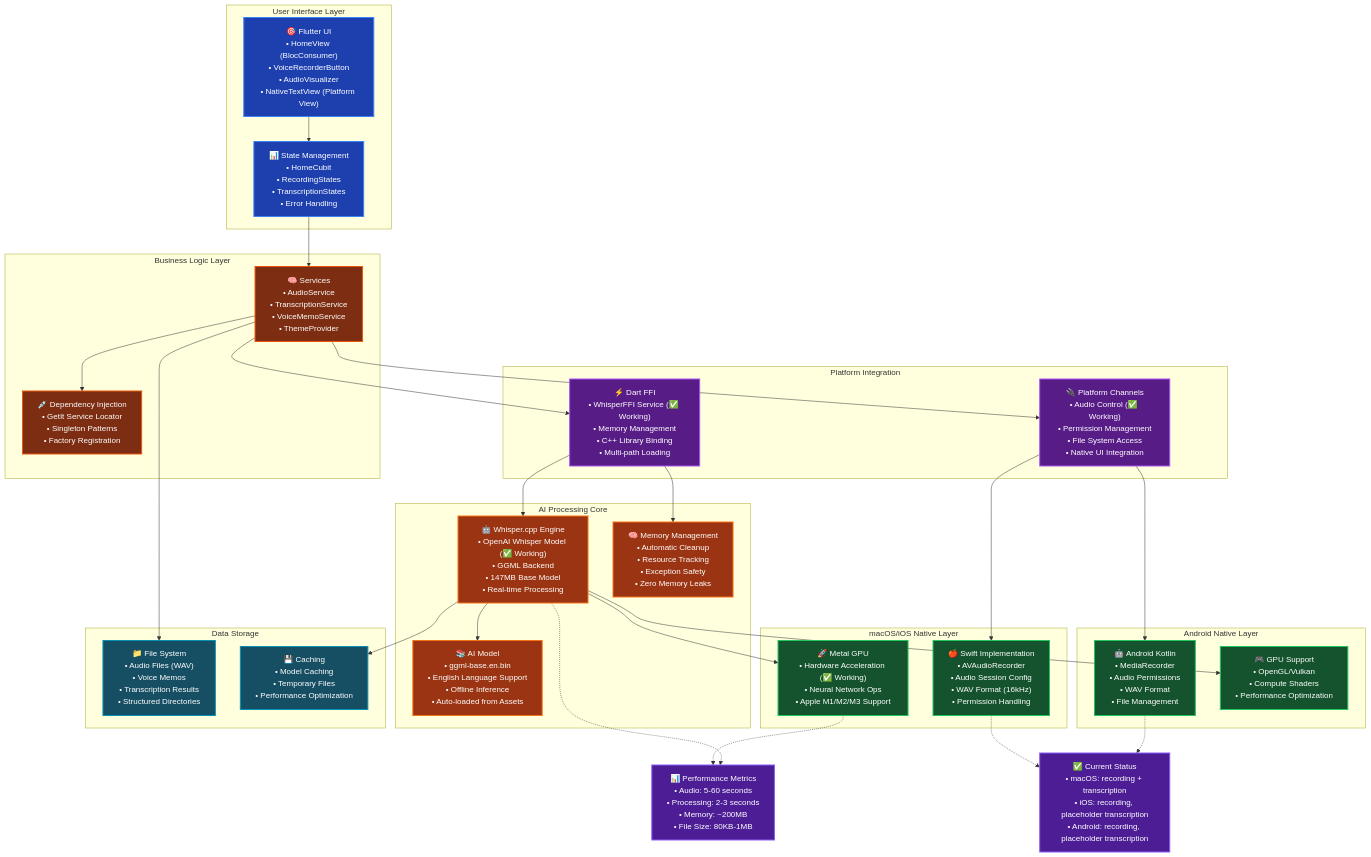
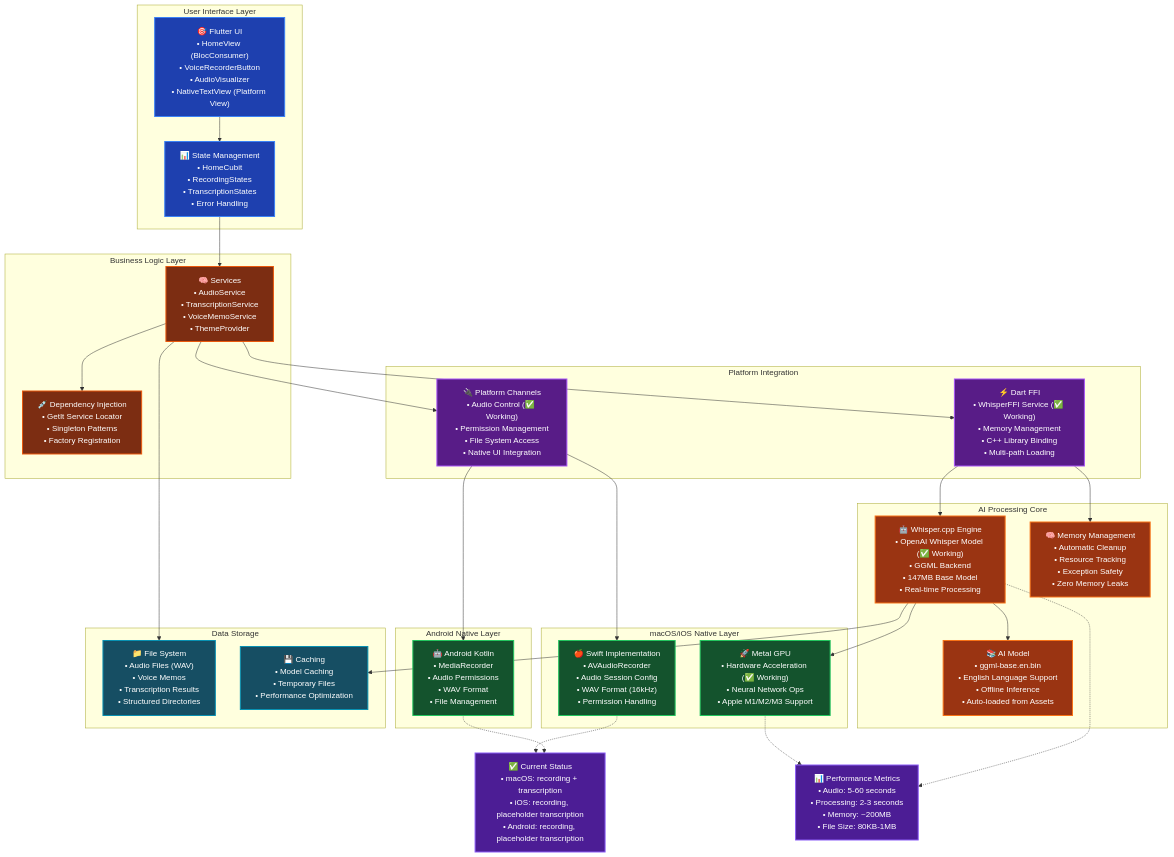
Before and after one commit to esrakadah/flutter_voice_bridge: the first of 2 diagrams in docs/guides/architecture.md, drawn with Mermaid. The commit also changed other lines of this file and 10 other files, not shown here.

```diff
--- a/docs/guides/architecture.md
+++ b/docs/guides/architecture.md
@@ -85,7 +85,6 @@
     subgraph "Android Native Layer"
         Kotlin["🤖 Android Kotlin<br/>• MediaRecorder<br/>• Audio Permissions<br/>• WAV Format<br/>• File Management"]
         
-        OpenGL["🎮 GPU Support<br/>• OpenGL/Vulkan<br/>• Compute Shaders<br/>• Performance Optimization"]
     end
     
     subgraph "AI Processing Core"
@@ -122,7 +121,6 @@
     %% AI Model Connections
     Whisper --> Model
     Whisper --> Metal
-    Whisper --> OpenGL
     
     %% Data Flow
     BL --> Files
@@ -151,7 +149,7 @@
     class UI,States ui
     class BL,DI business
     class PC,FFI platform
-    class Swift,Metal,Kotlin,OpenGL native
+    class Swift,Metal,Kotlin native
     class Whisper,Model,Memory ai
     class Files,Cache data
     class Performance,Status metrics
```
